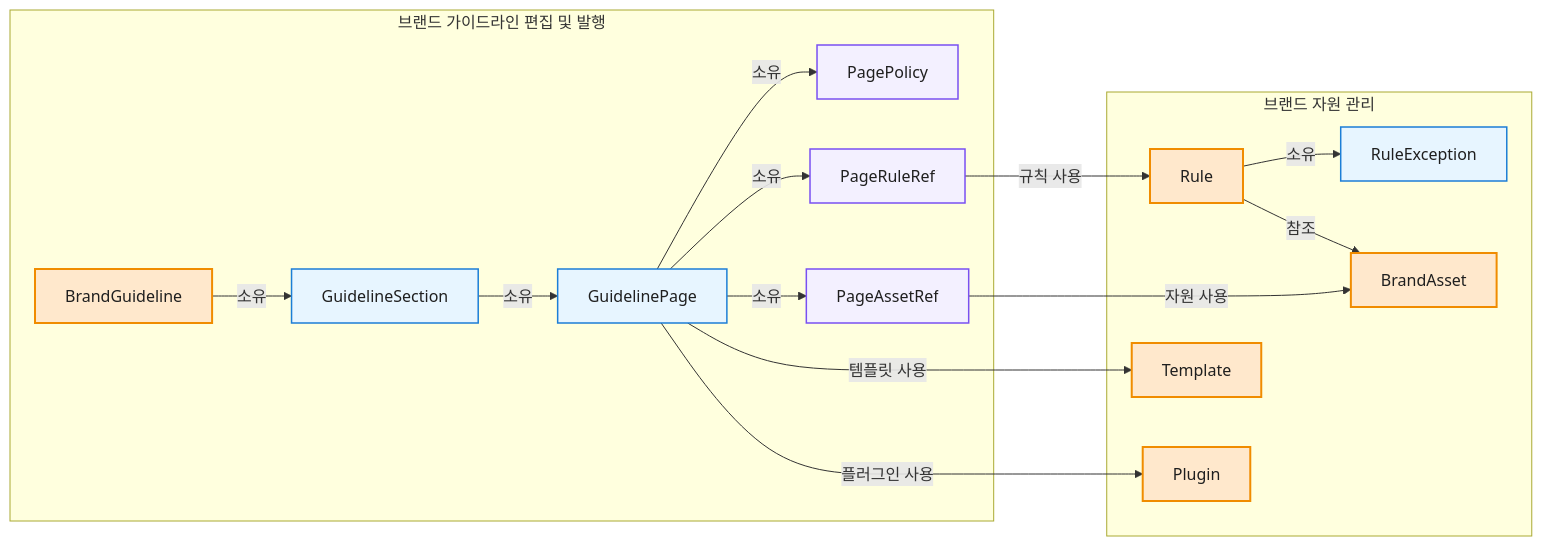
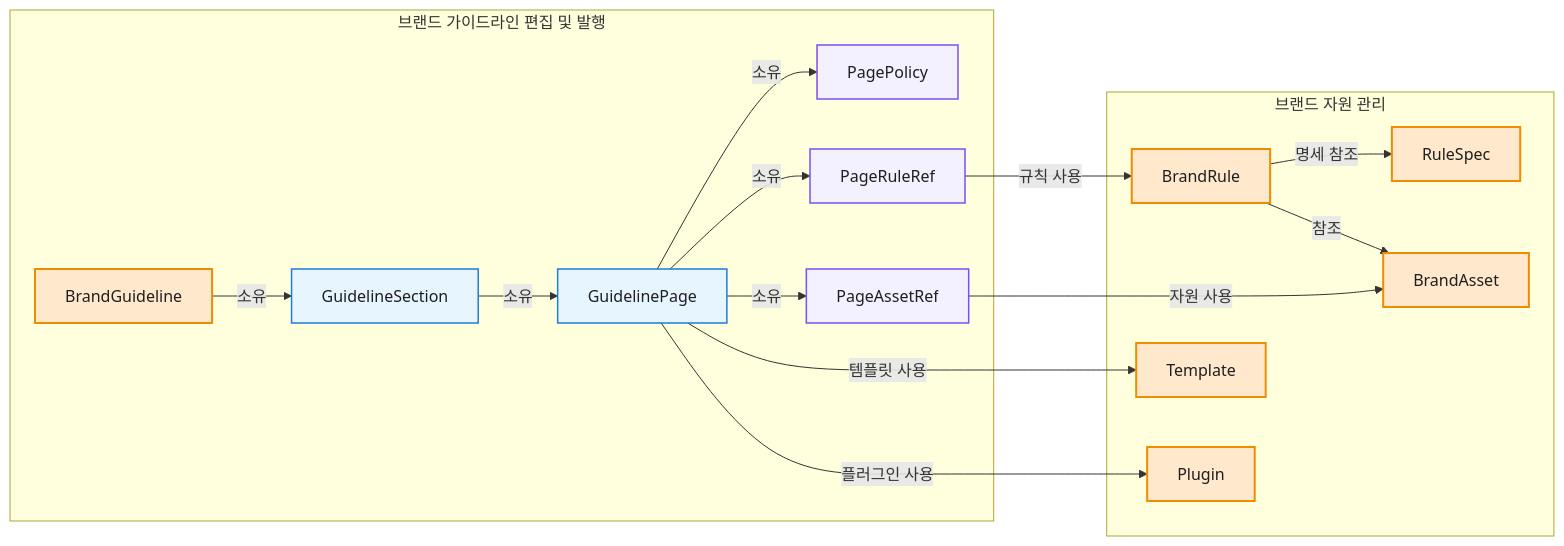
Before and after one commit to ewoooo/living-brand-system: the third of 5 diagrams in docs/04-domain-model.md, drawn with Mermaid. The commit also changed other lines of this file, not shown here.

Commit message:
docs: split Rule into brand-agnostic RuleSpec and per-brand BrandRule

````diff
--- a/docs/04-domain-model.md
+++ b/docs/04-domain-model.md
@@ -249,39 +258,39 @@
 ```mermaid
 flowchart LR
   subgraph Edit["브랜드 가이드라인 편집 및 발행"]
     BrandGuideline["BrandGuideline"]
     Section["GuidelineSection"]
     Page["GuidelinePage"]
     Policy["PagePolicy"]
     PageRuleRefNode["PageRuleRef"]
     PageAssetRefNode["PageAssetRef"]
   end
 
   subgraph Resource["브랜드 자원 관리"]
-    Rule["Rule"]
-    RuleException["RuleException"]
+    RuleSpec["RuleSpec"]
+    BrandRule["BrandRule"]
     BrandAsset["BrandAsset"]
     Template["Template"]
     Plugin["Plugin"]
   end
 
   BrandGuideline -->|"소유"| Section
   Section -->|"소유"| Page
   Page -->|"소유"| Policy
   Page -->|"소유"| PageRuleRefNode
-  PageRuleRefNode -->|"규칙 사용"| Rule
-  Rule -->|"소유"| RuleException
+  PageRuleRefNode -->|"규칙 사용"| BrandRule
+  BrandRule -->|"명세 참조"| RuleSpec
   Page -->|"소유"| PageAssetRefNode
   PageAssetRefNode -->|"자원 사용"| BrandAsset
   Page -->|"템플릿 사용"| Template
   Page -->|"플러그인 사용"| Plugin
-  Rule -->|"참조"| BrandAsset
+  BrandRule -->|"참조"| BrandAsset
 
   classDef aggregate fill:#FFE8CC,stroke:#F08C00,stroke-width:2px,color:#1F1F1F;
   classDef entity fill:#E7F5FF,stroke:#1C7ED6,stroke-width:1.5px,color:#1F1F1F;
   classDef childEntity fill:#F3F0FF,stroke:#7950F2,stroke-width:1.5px,color:#1F1F1F;
 
-  class BrandGuideline,Rule,BrandAsset,Template,Plugin aggregate;
-  class Section,Page,RuleException entity;
+  class BrandGuideline,RuleSpec,BrandRule,BrandAsset,Template,Plugin aggregate;
+  class Section,Page entity;
   class Policy,PageRuleRefNode,PageAssetRefNode childEntity;
 ```
````
